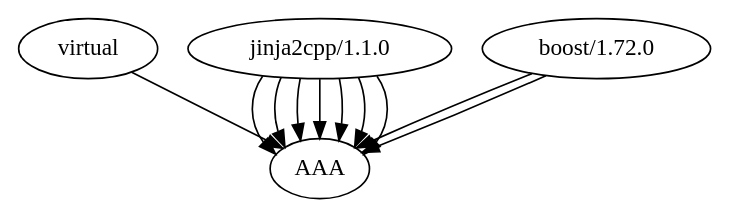
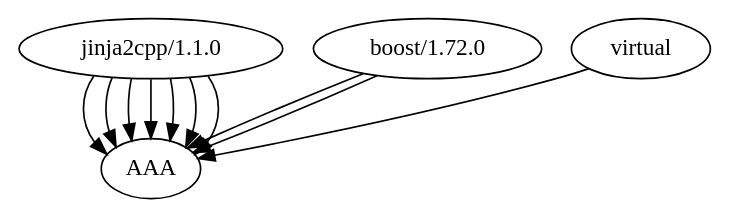
Before and after one commit to jgsogo/community-templates: the diagram in info_graph_dot/testing.dot, drawn with Graphviz. The commit also changed other lines of this file and 3 other files, not shown here.

```diff
--- a/info_graph_dot/testing.dot
+++ b/info_graph_dot/testing.dot
@@ -1,12 +1,12 @@
 digraph {
-        "virtual" -> "AAA"
         "jinja2cpp/1.1.0" -> "AAA"
         "jinja2cpp/1.1.0" -> "AAA"
         "jinja2cpp/1.1.0" -> "AAA"
         "jinja2cpp/1.1.0" -> "AAA"
         "jinja2cpp/1.1.0" -> "AAA"
         "jinja2cpp/1.1.0" -> "AAA"
         "jinja2cpp/1.1.0" -> "AAA"
         "boost/1.72.0" -> "AAA"
         "boost/1.72.0" -> "AAA"
+        "virtual" -> "AAA"
 }
```
